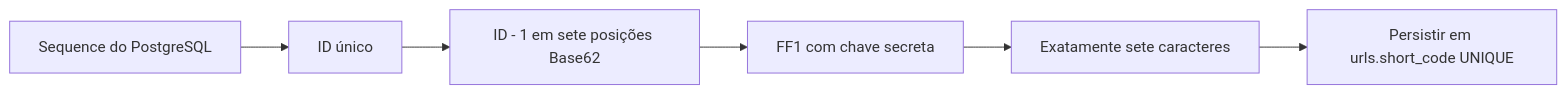
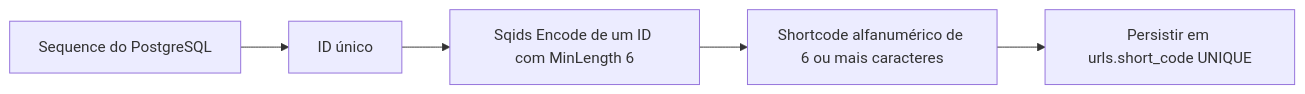
One commit to fredsaggio/shortbit changed the first of 6 diagrams in docs/short-links.md. Above: the diagram before and after it, drawn with Mermaid. The commit also changed other lines of this file and 10 other files, not shown here.

Commit message:
feat(shortcode): implement Sqids for shortcodes with minimum length of six characters

````diff
--- a/docs/short-links.md
+++ b/docs/short-links.md
@@ -42,8 +36,7 @@
 ```mermaid
 flowchart LR
     Sequence[Sequence do PostgreSQL] --> ID[ID único]
-    ID --> Base62[ID - 1 em sete posições Base62]
-    Base62 --> FF1[FF1 com chave secreta]
-    FF1 --> Code[Exatamente sete caracteres]
+    ID --> Sqids[Sqids Encode de um ID com MinLength 6]
+    Sqids --> Code[Shortcode alfanumérico de 6 ou mais caracteres]
     Code --> Insert[Persistir em urls.short_code UNIQUE]
 ```
````
